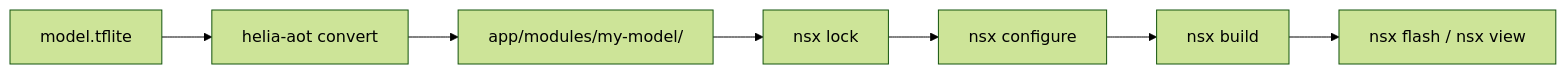
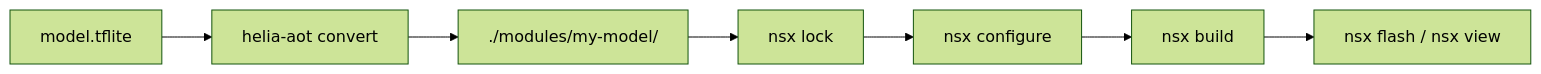
One commit to AmbiqAI/neuralspotx changed the diagram in docs/user-guide/custom-models.md. Above: the diagram before and after it, drawn with Mermaid (forest theme). The commit also changed other lines of this file and 5 other files, not shown here.

````diff
--- a/docs/user-guide/custom-models.md
+++ b/docs/user-guide/custom-models.md
@@ -34,9 +34,9 @@
 ```mermaid
 flowchart LR
     A["model.tflite"] --> B["helia-aot convert"]
-    B --> D["app/modules/my-model/"]
+    B --> D["./modules/my-model/"]
     D --> E["nsx lock"]
     E --> F["nsx configure"]
     F --> G["nsx build"]
     G --> H["nsx flash / nsx view"]
 ```
````
